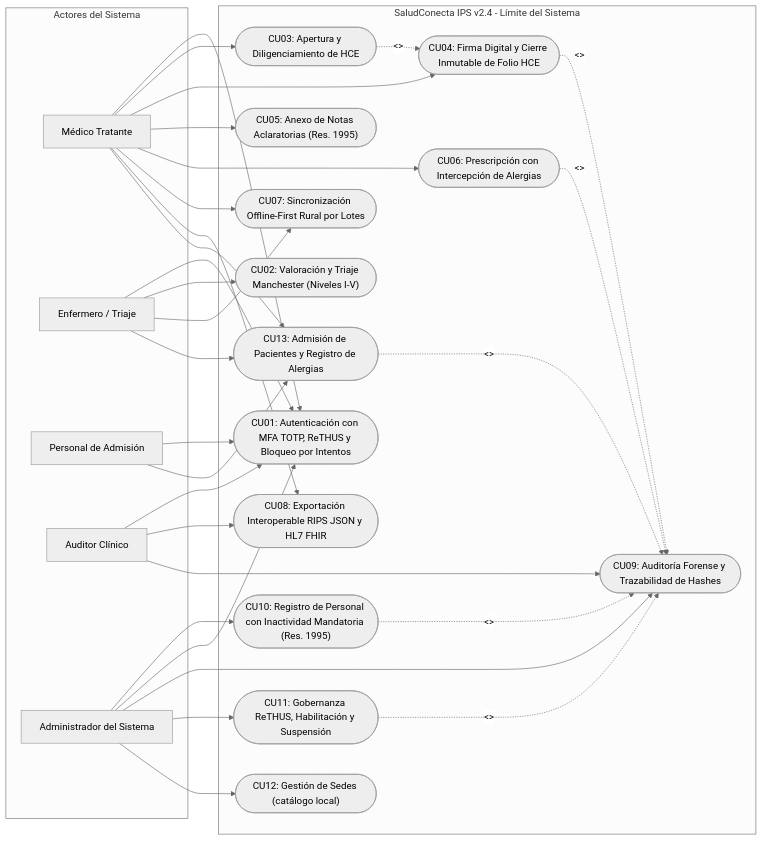
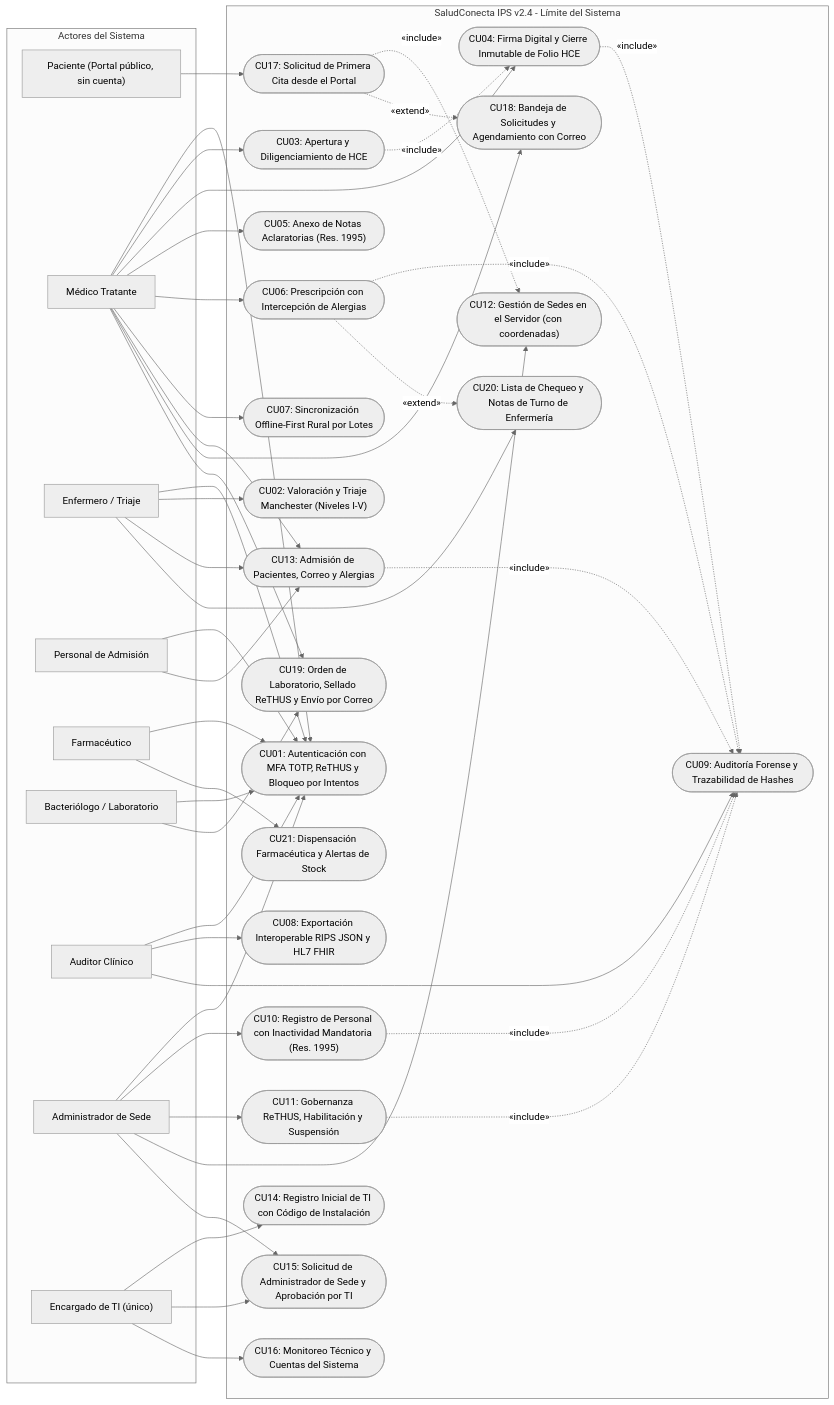
Before and after one commit to ThiagoVelez/Proyecto_felipe: the diagram in docs/diagrams/01_casos_de_uso.mmd, drawn with Mermaid (neutral theme). The commit also changed 18 other files, not shown here.

First line of the commit message:
Documentación de la Entrega Final v2: RF01, diagramas, API y resultados de pruebas

```diff
--- a/docs/diagrams/01_casos_de_uso.mmd
+++ b/docs/diagrams/01_casos_de_uso.mmd
@@ -1,59 +1,86 @@
 flowchart LR
     subgraph Actores ["Actores del Sistema"]
+        Paciente["Paciente (Portal público, sin cuenta)"]
         Medico["Médico Tratante"]
         Enfermero["Enfermero / Triaje"]
         Admision["Personal de Admisión"]
+        Farmacia["Farmacéutico"]
+        Laboratorio["Bacteriólogo / Laboratorio"]
         Auditor["Auditor Clínico"]
-        Admin["Administrador del Sistema"]
+        Admin["Administrador de Sede"]
+        TI["Encargado de TI (único)"]
     end
 
     subgraph Sistema ["SaludConecta IPS v2.4 - Límite del Sistema"]
         CU01(["CU01: Autenticación con MFA TOTP, ReTHUS y Bloqueo por Intentos"])
         CU02(["CU02: Valoración y Triaje Manchester (Niveles I-V)"])
         CU03(["CU03: Apertura y Diligenciamiento de HCE"])
         CU04(["CU04: Firma Digital y Cierre Inmutable de Folio HCE"])
         CU05(["CU05: Anexo de Notas Aclaratorias (Res. 1995)"])
         CU06(["CU06: Prescripción con Intercepción de Alergias"])
         CU07(["CU07: Sincronización Offline-First Rural por Lotes"])
         CU08(["CU08: Exportación Interoperable RIPS JSON y HL7 FHIR"])
         CU09(["CU09: Auditoría Forense y Trazabilidad de Hashes"])
         CU10(["CU10: Registro de Personal con Inactividad Mandatoria (Res. 1995)"])
         CU11(["CU11: Gobernanza ReTHUS, Habilitación y Suspensión"])
-        CU12(["CU12: Gestión de Sedes (catálogo local)"])
-        CU13(["CU13: Admisión de Pacientes y Registro de Alergias"])
+        CU12(["CU12: Gestión de Sedes en el Servidor (con coordenadas)"])
+        CU13(["CU13: Admisión de Pacientes, Correo y Alergias"])
+        CU14(["CU14: Registro Inicial de TI con Código de Instalación"])
+        CU15(["CU15: Solicitud de Administrador de Sede y Aprobación por TI"])
+        CU16(["CU16: Monitoreo Técnico y Cuentas del Sistema"])
+        CU17(["CU17: Solicitud de Primera Cita desde el Portal"])
+        CU18(["CU18: Bandeja de Solicitudes y Agendamiento con Correo"])
+        CU19(["CU19: Orden de Laboratorio, Sellado ReTHUS y Envío por Correo"])
+        CU20(["CU20: Lista de Chequeo y Notas de Turno de Enfermería"])
+        CU21(["CU21: Dispensación Farmacéutica y Alertas de Stock"])
     end
 
-    Admin --> CU10
-    CU10 -.->|"<<include>>"| CU09
+    Paciente --> CU17
+    CU17 -.->|"«include»"| CU12
 
     Medico --> CU01
     Medico --> CU03
     Medico --> CU04
     Medico --> CU05
     Medico --> CU06
     Medico --> CU07
-    Medico --> CU08
     Medico --> CU13
+    Medico --> CU18
+    Medico --> CU19
 
     Enfermero --> CU01
     Enfermero --> CU02
-    Enfermero --> CU07
     Enfermero --> CU13
+    Enfermero --> CU20
 
     Admision --> CU01
     Admision --> CU13
+
+    Farmacia --> CU01
+    Farmacia --> CU21
+
+    Laboratorio --> CU01
+    Laboratorio --> CU19
 
     Auditor --> CU01
     Auditor --> CU08
     Auditor --> CU09
 
     Admin --> CU01
-    Admin --> CU09
+    Admin --> CU10
     Admin --> CU11
     Admin --> CU12
+    Admin --> CU15
 
-    CU11 -.->|"<<include>>"| CU09
-    CU04 -.->|"<<include>>"| CU09
-    CU06 -.->|"<<include>>"| CU09
-    CU03 -.->|"<<include>>"| CU04
-    CU13 -.->|"<<include>>"| CU09
+    TI --> CU14
+    TI --> CU15
+    TI --> CU16
+
+    CU10 -.->|"«include»"| CU09
+    CU11 -.->|"«include»"| CU09
+    CU04 -.->|"«include»"| CU09
+    CU06 -.->|"«include»"| CU09
+    CU03 -.->|"«include»"| CU04
+    CU13 -.->|"«include»"| CU09
+    CU06 -.->|"«extend»"| CU20
+    CU17 -.->|"«extend»"| CU18
```
